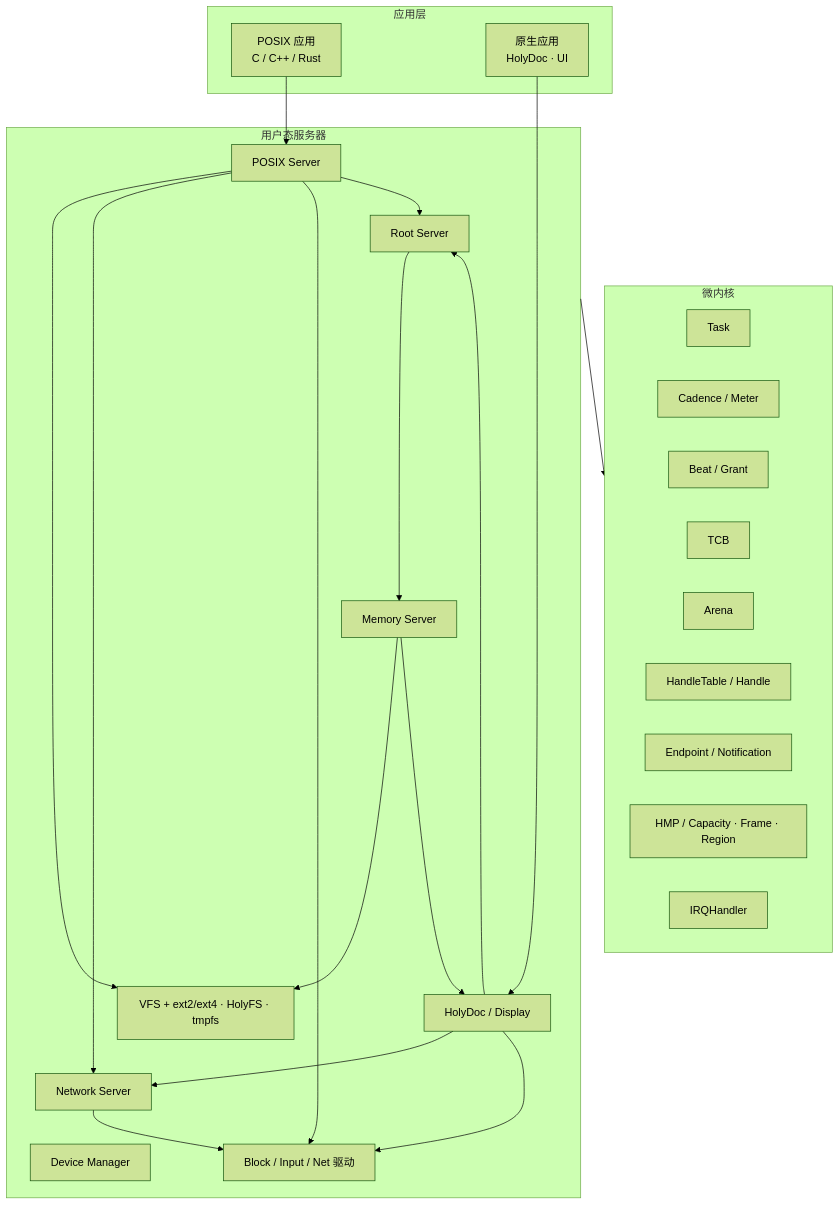
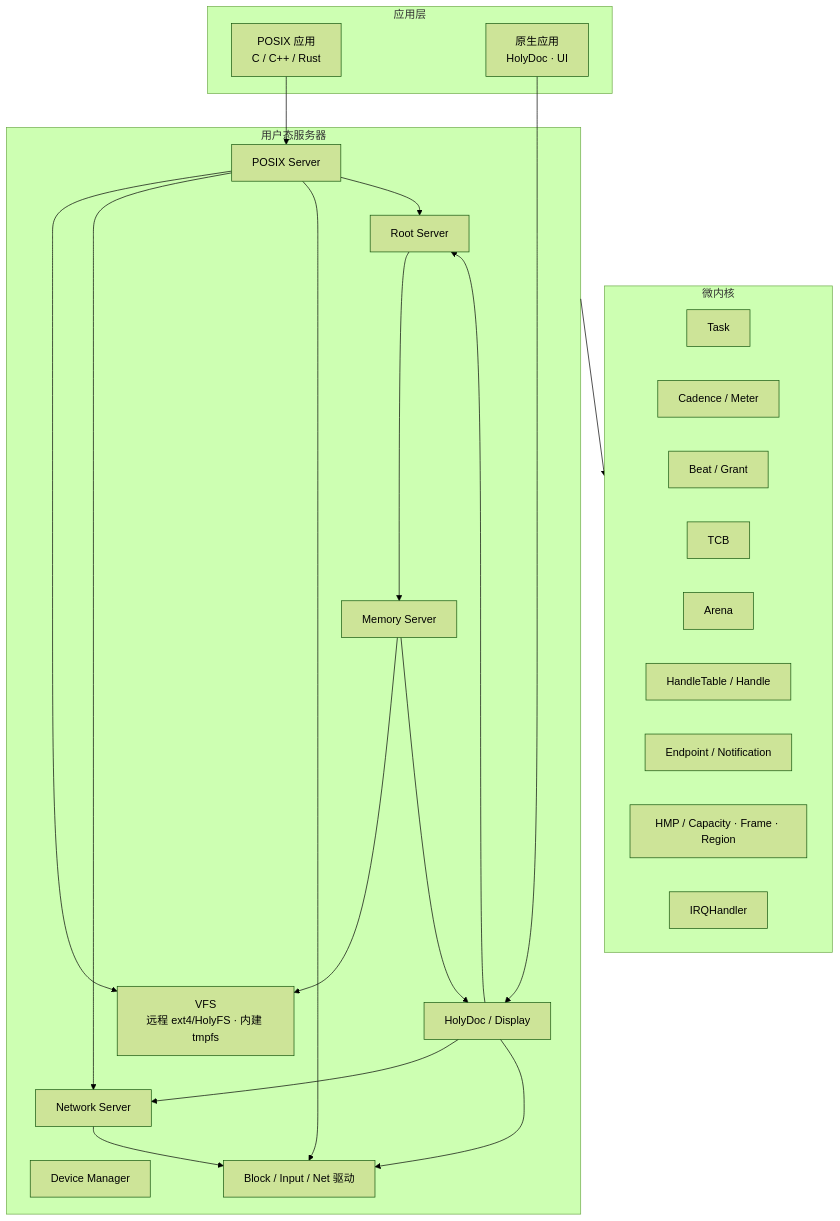
The first of 5 diagrams in docs/architecture.md (hongweifei/HolyKernel), drawn with Mermaid (forest theme) before and after one commit. The commit also changed other lines of this file and 29 other files, not shown here.

````diff
--- a/docs/architecture.md
+++ b/docs/architecture.md
@@ -13,42 +13,42 @@
 ```mermaid
 flowchart TB
     subgraph Apps["应用层"]
         PosixApps["POSIX 应用<br/>C / C++ / Rust"]
         NativeApps["原生应用<br/>HolyDoc · UI"]
     end
     subgraph Servers["用户态服务器"]
         Root["Root Server"]
         Mem["Memory Server"]
         Device["Device Manager"]
         Drivers["Block / Input / Net 驱动"]
-        FS["VFS + ext2/ext4 · HolyFS · tmpfs"]
+        FS["VFS<br/>远程 ext4/HolyFS · 内建 tmpfs"]
         POSIX["POSIX Server"]
         Net["Network Server"]
         Native["HolyDoc / Display"]
     end
     subgraph Kernel["微内核"]
         Task["Task"]
         Cadence["Cadence / Meter"]
         Beat["Beat / Grant"]
         TCB["TCB"]
         Arena["Arena"]
         HandleTable["HandleTable / Handle"]
         IPC["Endpoint / Notification"]
         Memory["HMP / Capacity · Frame · Region"]
         IRQ["IRQHandler"]
     end
     PosixApps --> POSIX
     NativeApps --> Native
     Root --> Mem
     Mem --> FS
     Mem --> Native
     POSIX --> FS
     POSIX --> Net
     POSIX --> Drivers
     POSIX --> Root
     Native --> Net
     Native --> Drivers
     Native --> Root
     Net --> Drivers
     Servers --> Kernel
 ```
````
